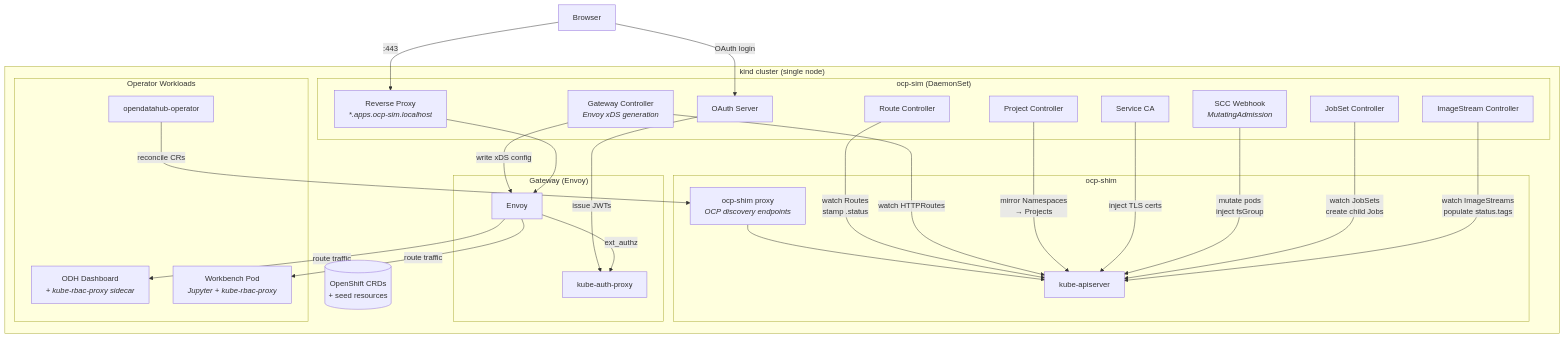
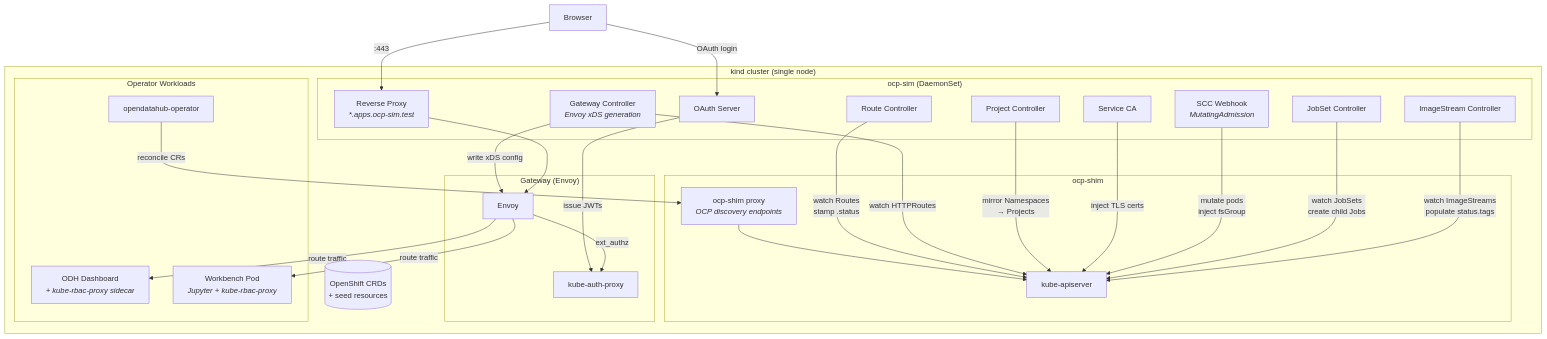
Before and after one commit to jctanner/picoshift: the diagram in README.md, drawn with Mermaid. The commit also changed other lines of this file and 14 other files, not shown here.

````diff
--- a/README.md
+++ b/README.md
@@ -9,57 +9,57 @@
 ```mermaid
 graph TB
     browser["Browser"]
 
     subgraph kind ["kind cluster (single node)"]
         subgraph shim ["ocp-shim"]
             apiserver["kube-apiserver"]
             ocpshim["ocp-shim proxy<br/><i>OCP discovery endpoints</i>"]
             ocpshim --> apiserver
         end
 
         subgraph sim ["ocp-sim (DaemonSet)"]
-            proxy["Reverse Proxy<br/><i>*.apps.ocp-sim.localhost</i>"]
+            proxy["Reverse Proxy<br/><i>*.apps.ocp-sim.test</i>"]
             routectrl["Route Controller"]
             gwctrl["Gateway Controller<br/><i>Envoy xDS generation</i>"]
             oauthctrl["OAuth Server"]
             projectctrl["Project Controller"]
             serviceca["Service CA"]
             sccwebhook["SCC Webhook<br/><i>MutatingAdmission</i>"]
             jobsetctrl["JobSet Controller"]
             isctrl["ImageStream Controller"]
         end
 
         subgraph gw ["Gateway (Envoy)"]
             envoy["Envoy"]
             kubeauth["kube-auth-proxy"]
         end
 
         subgraph workloads ["Operator Workloads"]
             odhop["opendatahub-operator"]
             dashboard["ODH Dashboard<br/><i>+ kube-rbac-proxy sidecar</i>"]
             notebook["Workbench Pod<br/><i>Jupyter + kube-rbac-proxy</i>"]
         end
 
         crds[("OpenShift CRDs<br/>+ seed resources")]
 
         routectrl -->|"watch Routes<br/>stamp .status"| apiserver
         gwctrl -->|"write xDS config"| envoy
         gwctrl -->|"watch HTTPRoutes"| apiserver
         projectctrl -->|"mirror Namespaces<br/>→ Projects"| apiserver
         serviceca -->|"inject TLS certs"| apiserver
         sccwebhook -->|"mutate pods<br/>inject fsGroup"| apiserver
         jobsetctrl -->|"watch JobSets<br/>create child Jobs"| apiserver
         isctrl -->|"watch ImageStreams<br/>populate status.tags"| apiserver
         oauthctrl -->|"issue JWTs"| kubeauth
 
         odhop -->|"reconcile CRs"| ocpshim
 
         envoy -->|"ext_authz"| kubeauth
         envoy -->|"route traffic"| dashboard
         envoy -->|"route traffic"| notebook
     end
 
     browser -->|":443"| proxy
     proxy --> envoy
     browser -->|"OAuth login"| oauthctrl
 ```
````
